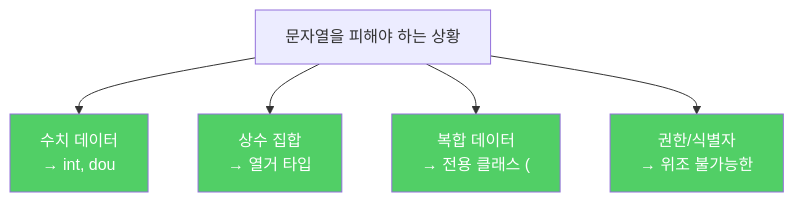
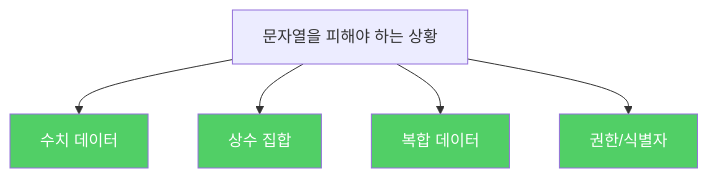
The diagram in _posts/java/2022-02-13-effective-java62.md (yjkim2015/yjkim2015.github.io), drawn with Mermaid before and after one commit. The commit also changed 217 other files, not shown here.

First line of the commit message:
Mermaid 크기 수정: useMaxWidth:true + SVG max-width:100% + 라벨 축소

````diff
--- a/_posts/java/2022-02-13-effective-java62.md
+++ b/_posts/java/2022-02-13-effective-java62.md
@@ -118,11 +118,11 @@
 ```mermaid
 graph TD
-    A["문자열을 피해야 하는 상황"] --> B["수치 데이터\n→ int, dou"]
-    A --> C["상수 집합\n→ 열거 타입"]
-    A --> D["복합 데이터\n→ 전용 클래스 ("]
-    A --> E["권한/식별자\n→ 위조 불가능한"]
+    A["문자열을 피해야 하는 상황"] --> B["수치 데이터"]
+    A --> C["상수 집합"]
+    A --> D["복합 데이터"]
+    A --> E["권한/식별자"]
     style B fill:#51cf66,color:#fff
     style C fill:#51cf66,color:#fff
     style D fill:#51cf66,color:#fff
     style E fill:#51cf66,color:#fff
 ```
````
